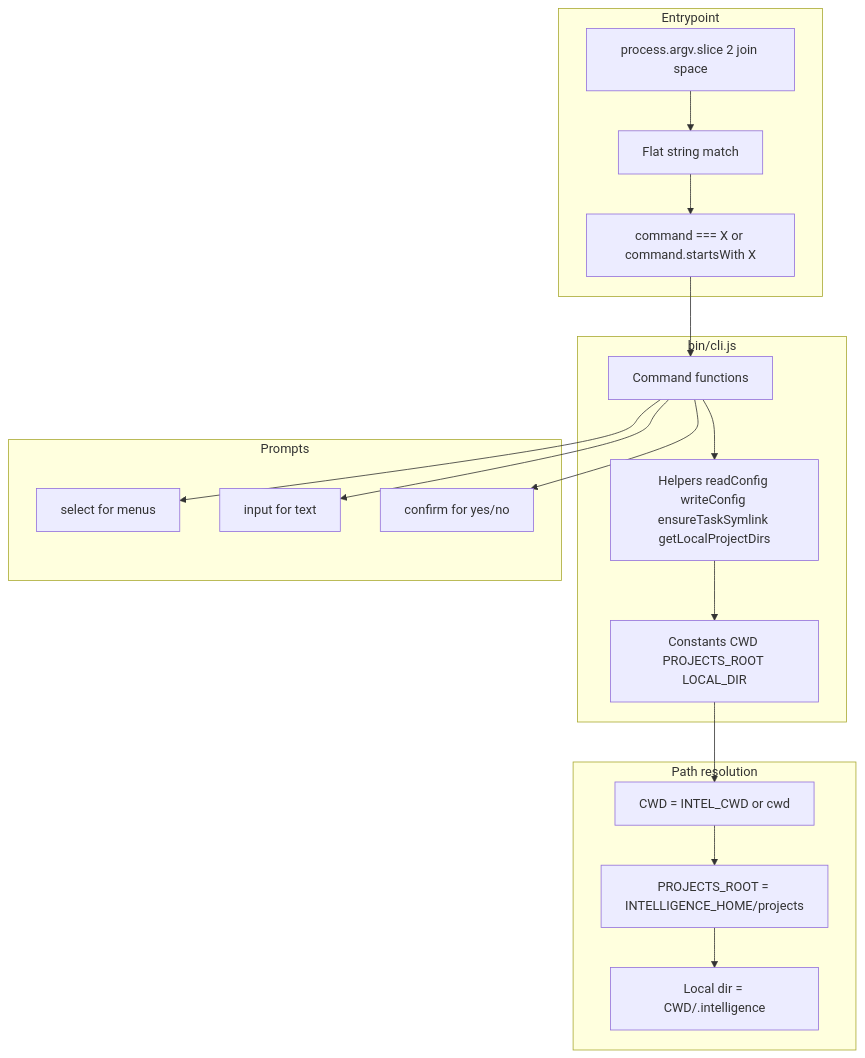
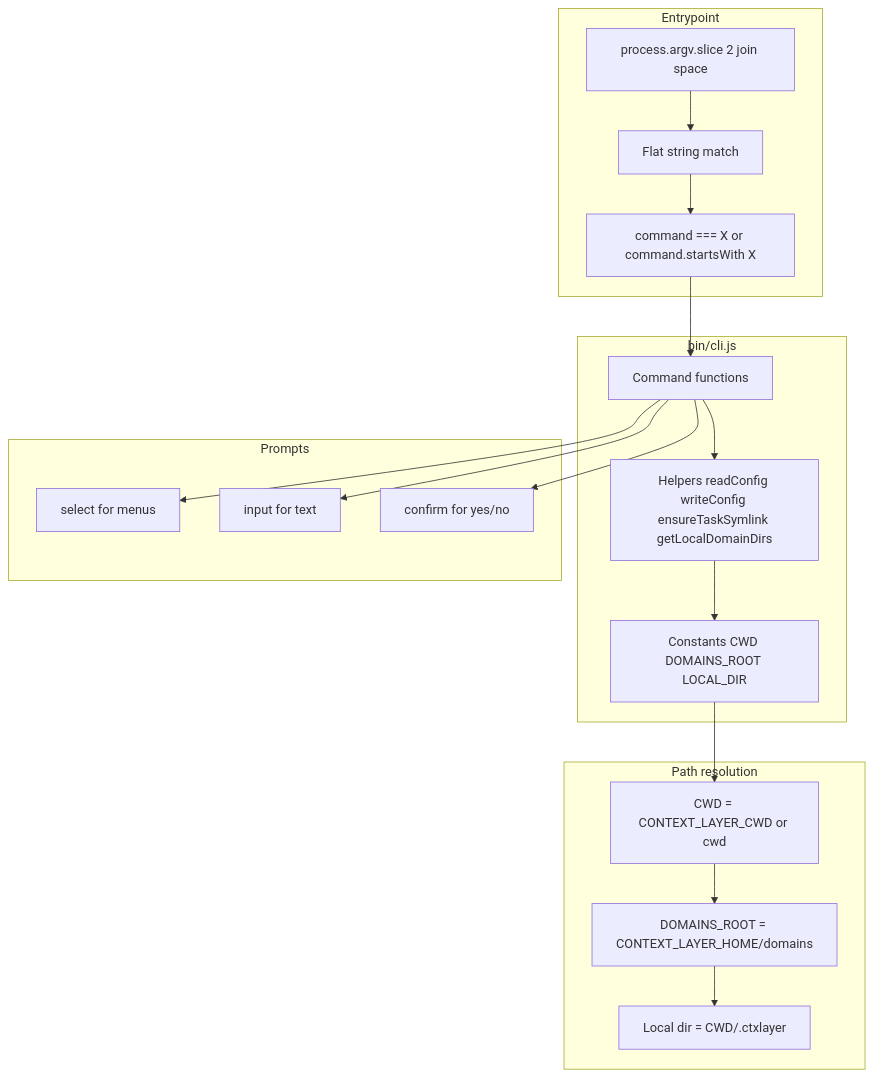
Before and after one commit to anatoliykmetyuk/ctxlayer: the diagram in docs/commands.md, drawn with Mermaid. The commit also changed other lines of this file and 17 other files, not shown here.

Commit message:
Rename Project -> Domain to avoid confusion

````diff
--- a/docs/commands.md
+++ b/docs/commands.md
@@ -9,33 +9,33 @@
 ```mermaid
 flowchart TB
     subgraph entrypoint [Entrypoint]
         A[process.argv.slice 2 join space]
         B[Flat string match]
         C[command === X or command.startsWith X]
     end
 
     subgraph cli [bin/cli.js]
-        D[Constants CWD PROJECTS_ROOT LOCAL_DIR]
-        E[Helpers readConfig writeConfig ensureTaskSymlink getLocalProjectDirs]
+        D[Constants CWD DOMAINS_ROOT LOCAL_DIR]
+        E[Helpers readConfig writeConfig ensureTaskSymlink getLocalDomainDirs]
         F[Command functions]
     end
 
     subgraph paths [Path resolution]
-        G[CWD = INTEL_CWD or cwd]
-        H[PROJECTS_ROOT = INTELLIGENCE_HOME/projects]
-        I[Local dir = CWD/.intelligence]
+        G[CWD = CONTEXT_LAYER_CWD or cwd]
+        H[DOMAINS_ROOT = CONTEXT_LAYER_HOME/domains]
+        I[Local dir = CWD/.ctxlayer]
     end
 
     subgraph prompts [Prompts]
         J[select for menus]
         K[input for text]
         L[confirm for yes/no]
     end
 
     A --> B --> C --> F
     F --> E --> D
     F --> J
     F --> K
     F --> L
     D --> G --> H --> I
 ```
````
